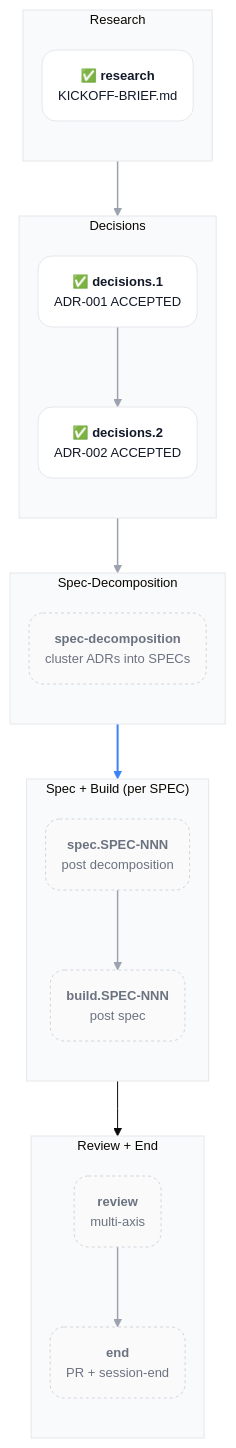
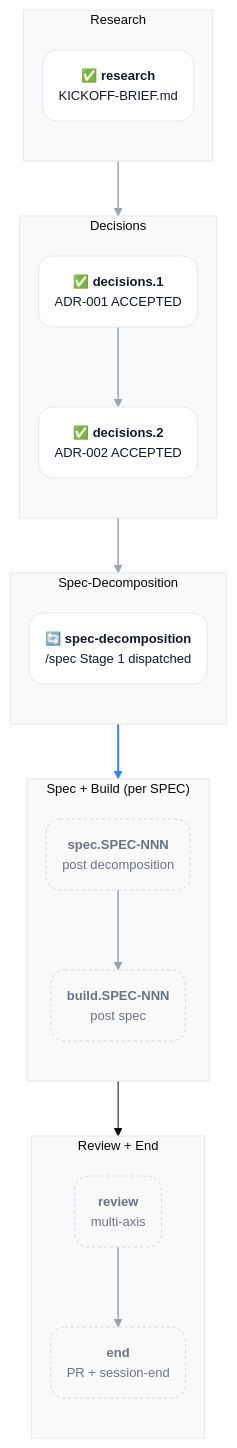
Before and after one commit to acmelabs-15/skills: the first of 3 diagrams in docs/planning/PLAN-001-skills-ecosystem.md, drawn with Mermaid. The commit also changed other lines of this file and 1 other file, not shown here.

First line of the commit message:
plan: spec-decomposition READY → IN_PROGRESS; auto-routing to /spec Stage 1

````diff
--- a/docs/planning/PLAN-001-skills-ecosystem.md
+++ b/docs/planning/PLAN-001-skills-ecosystem.md
@@ -68,49 +68,49 @@
 ```mermaid
 %%{init: {'theme':'base','flowchart':{'curve':'stepAfter','nodeSpacing':18,'rankSpacing':55,'padding':16,'diagramPadding':20,'htmlLabels':true},'themeVariables':{'fontFamily':'-apple-system, BlinkMacSystemFont, system-ui, sans-serif','fontSize':'13px','clusterBkg':'#f9fafb','clusterBorder':'#e5e7eb'},'themeCSS':'.edgePath path, .flowchart-link { stroke-linejoin: round !important; stroke-linecap: round !important; } .cluster-label .nodeLabel { font-family: ui-monospace, SFMono-Regular, Menlo, monospace !important; font-size: 11px !important; font-weight: 600 !important; letter-spacing: 0.1em !important; text-transform: uppercase !important; color: #6b7280 !important; }'}}%%
 graph TD
 
   classDef done fill:#ffffff,stroke:#e5e7eb,stroke-width:1px,color:#111827,rx:14,ry:14
   classDef pending fill:#fafafa,stroke:#d1d5db,stroke-width:1px,color:#6b7280,stroke-dasharray:3 3,rx:14,ry:14
 
   subgraph R ["Research"]
     direction TB
     research("✅ <b>research</b><br/><span style='color:#6b7280;font-size:11px'>KICKOFF-BRIEF.md</span>")
   end
 
   subgraph D ["Decisions"]
     direction TB
     d1("✅ <b>decisions.1</b><br/><span style='color:#6b7280;font-size:11px'>ADR-001 ACCEPTED</span>")
     d2("✅ <b>decisions.2</b><br/><span style='color:#6b7280;font-size:11px'>ADR-002 ACCEPTED</span>")
   end
 
   subgraph S ["Spec-Decomposition"]
     direction TB
-    sd("<b>spec-decomposition</b><br/><span style='color:#6b7280;font-size:11px'>cluster ADRs into SPECs</span>")
+    sd("🔄 <b>spec-decomposition</b><br/><span style='color:#6b7280;font-size:11px'>/spec Stage 1 dispatched</span>")
   end
 
   subgraph SB ["Spec + Build (per SPEC)"]
     direction TB
     spec_n("<b>spec.SPEC-NNN</b><br/><span style='color:#6b7280;font-size:11px'>post decomposition</span>")
     build_n("<b>build.SPEC-NNN</b><br/><span style='color:#6b7280;font-size:11px'>post spec</span>")
     spec_n --> build_n
   end
 
   subgraph RE ["Review + End"]
     direction TB
     review("<b>review</b><br/><span style='color:#6b7280;font-size:11px'>multi-axis</span>")
     fin("<b>end</b><br/><span style='color:#6b7280;font-size:11px'>PR + session-end</span>")
     review --> fin
   end
 
   research --> d1
   d1 --> d2
   d2 --> sd
   sd --> spec_n
   build_n --> review
 
-  class research,d1,d2 done
-  class sd,spec_n,build_n,review,fin pending
+  class research,d1,d2,sd done
+  class spec_n,build_n,review,fin pending
 
   linkStyle 0,1,2,3,4 stroke:#9ca3af,stroke-width:1.5px
   linkStyle 5 stroke:#3b82f6,stroke-width:2px
 ```
````
